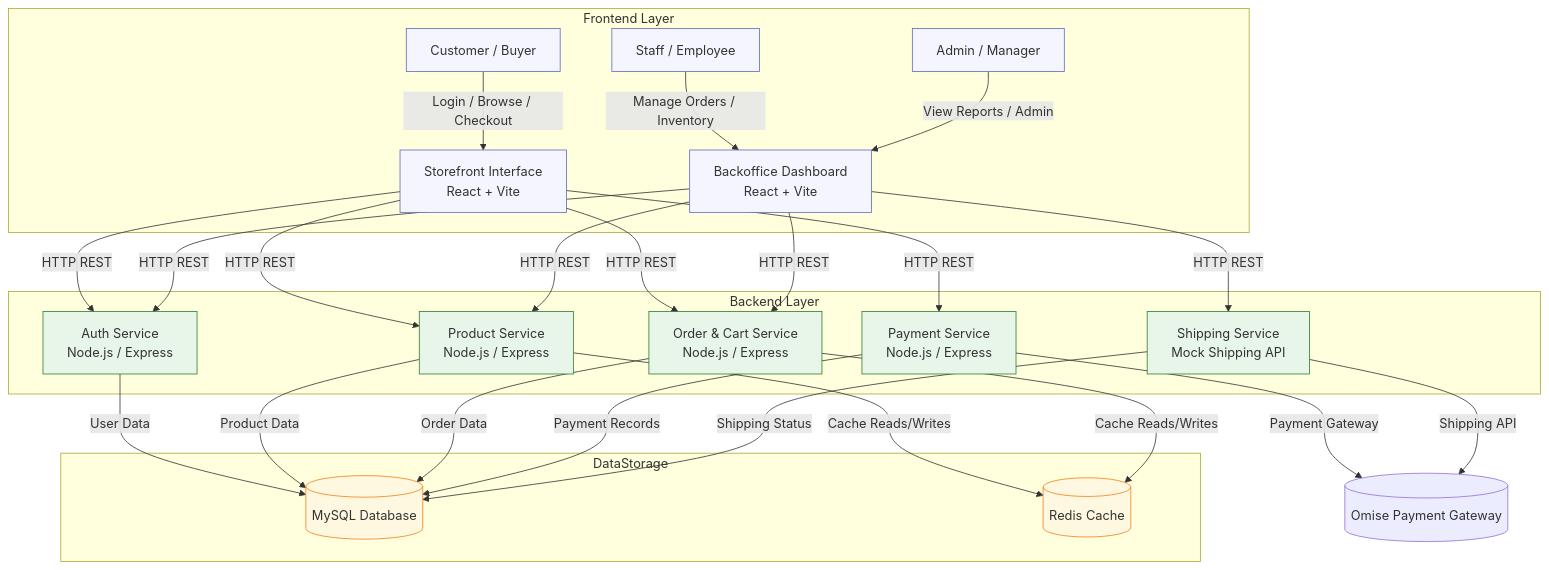
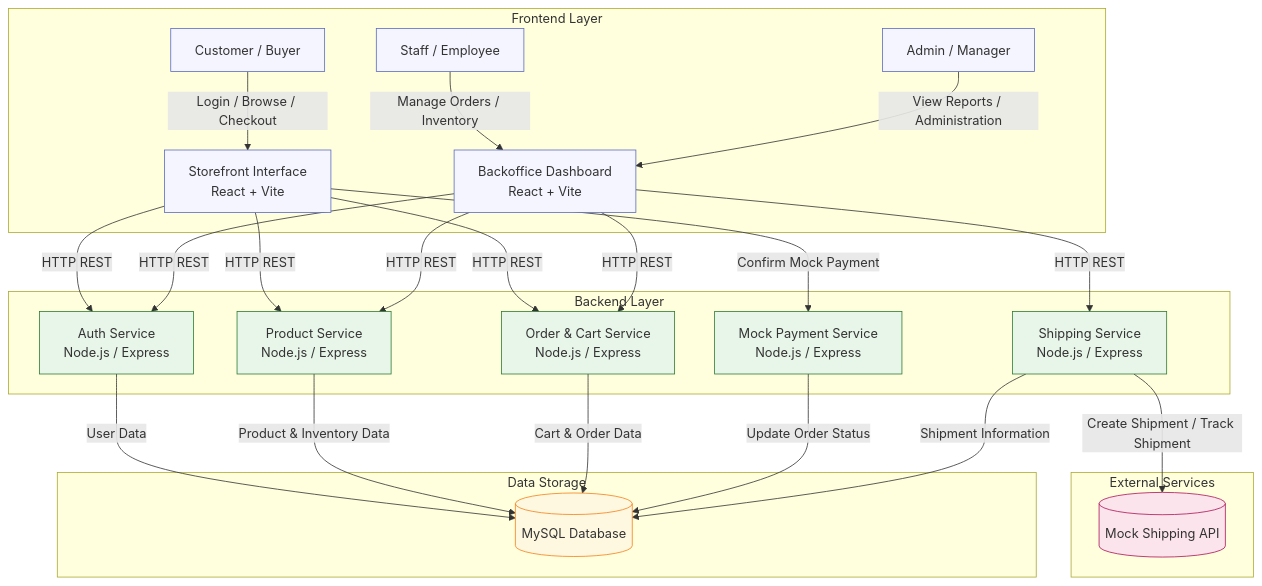
The diagram in README.md (TimeSuwichak/204test), drawn with Mermaid before and after one commit. The commit also changed other lines of this file, not shown here.

Commit message:
Enhance README with NFRs and architecture updates
Added non-functional requirements and updated system architecture diagram.

````diff
--- a/README.md
+++ b/README.md
@@ -229,57 +247,62 @@
 ```mermaid
 flowchart TD
     subgraph Frontend Layer
         A1[Customer / Buyer]
         A2[Staff / Employee]
         A3[Admin / Manager]
         Web1[Storefront Interface<br/>React + Vite]
         Web2[Backoffice Dashboard<br/>React + Vite]
     end
 
     subgraph Backend Layer
         B1[Auth Service<br/>Node.js / Express]
         B2[Product Service<br/>Node.js / Express]
         B3[Order & Cart Service<br/>Node.js / Express]
-        B4[Payment Service<br/>Node.js / Express]
-        B5[Shipping Service<br/>Mock Shipping API]
+        B4[Mock Payment Service<br/>Node.js / Express]
+        B5[Shipping Service<br/>Node.js / Express]
     end
 
-    subgraph DataStorage
-        DB[(MySQL Database)]
-        Cache[(Redis Cache)]
+    subgraph External Services
+        ShipAPI[(Mock Shipping API)]
     end
 
+    subgraph Data Storage
+        DB[(MySQL Database)]
+    end
+
+    %% User Access
     A1 -->|Login / Browse / Checkout| Web1
     A2 -->|Manage Orders / Inventory| Web2
-    A3 -->|View Reports / Admin| Web2
+    A3 -->|View Reports / Administration| Web2
 
+    %% Frontend → Backend
     Web1 -->|HTTP REST| B1
     Web1 -->|HTTP REST| B2
     Web1 -->|HTTP REST| B3
-    Web1 -->|HTTP REST| B4
+    Web1 -->|Confirm Mock Payment| B4
 
     Web2 -->|HTTP REST| B1
     Web2 -->|HTTP REST| B2
     Web2 -->|HTTP REST| B3
     Web2 -->|HTTP REST| B5
 
+    %% Backend → Database
     B1 -->|User Data| DB
-    B2 -->|Product Data| DB
-    B3 -->|Order Data| DB
-    B4 -->|Payment Records| DB
-    B5 -->|Shipping Status| DB
+    B2 -->|Product & Inventory Data| DB
+    B3 -->|Cart & Order Data| DB
+    B4 -->|Update Order Status| DB
+    B5 -->|Shipment Information| DB
 
-    B2 -->|Cache Reads/Writes| Cache
-    B3 -->|Cache Reads/Writes| Cache
-
-    B4 -->|Payment Gateway| Omise[(Omise Payment Gateway)]
-    B5 -->|Shipping API| Omise
+    %% External Integration
+    B5 -->|Create Shipment / Track Shipment| ShipAPI
 
     classDef frontend fill:#f5f5ff,stroke:#5c6bc0,stroke-width:1px;
     classDef backend fill:#e8f5e9,stroke:#2e7d32,stroke-width:1px;
+    classDef external fill:#fce4ec,stroke:#ad1457,stroke-width:1px;
     classDef data fill:#fff8e1,stroke:#f57f17,stroke-width:1px;
 
     class A1,A2,A3,Web1,Web2 frontend;
     class B1,B2,B3,B4,B5 backend;
-    class DB,Cache data;
+    class ShipAPI external;
+    class DB data;
 ```
````
